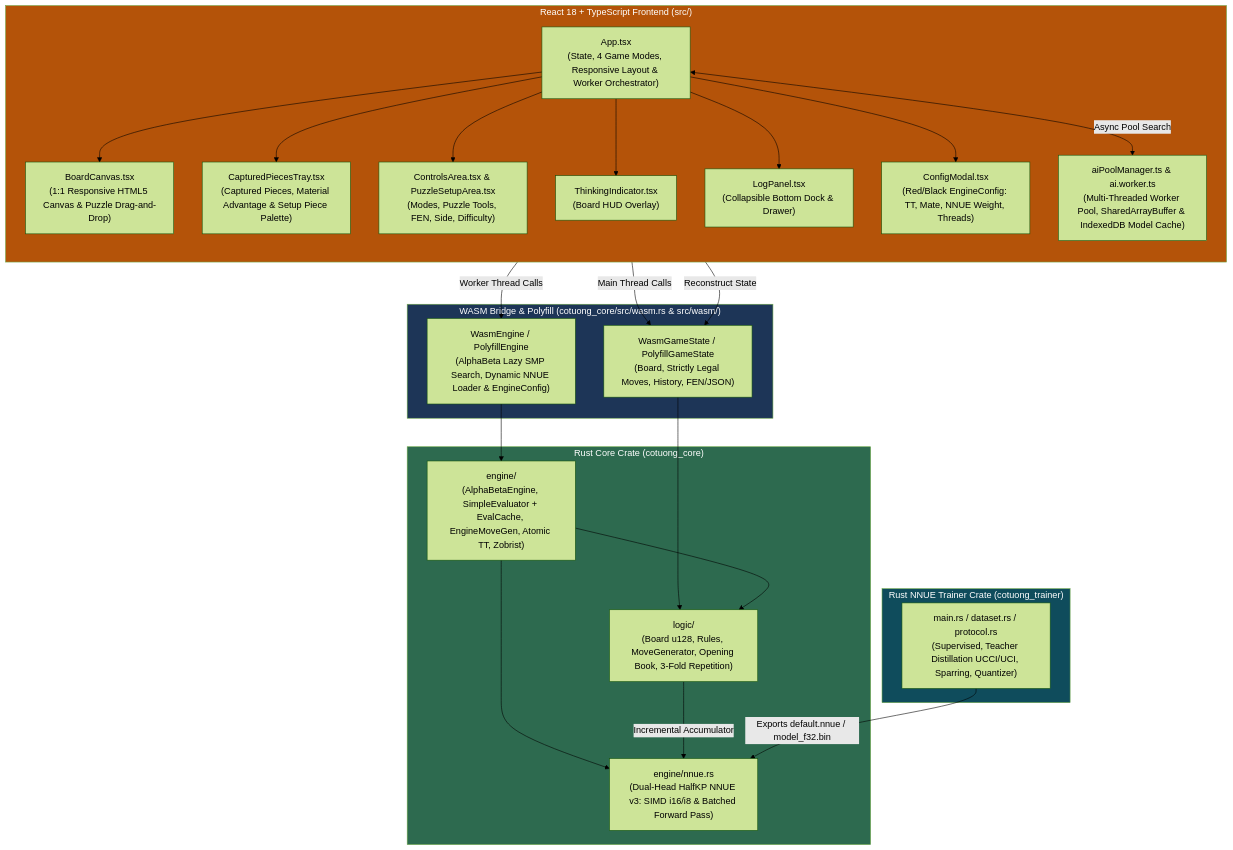
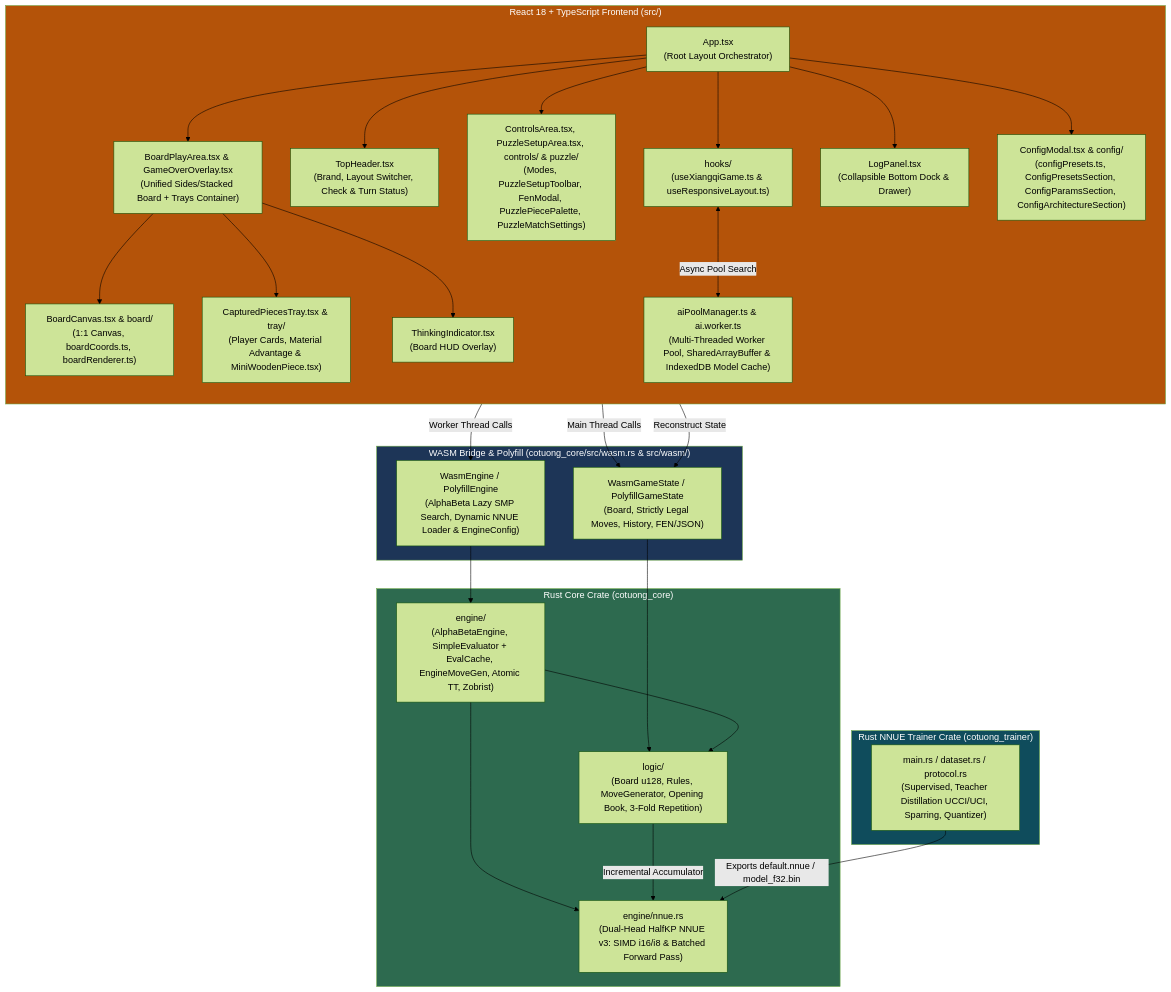
One commit to thichuong/GameCoTuong changed the first of 5 diagrams in ARCHITECTURE.md. Above: the diagram before and after it, drawn with Mermaid (forest theme). The commit also changed other lines of this file and 26 other files, not shown here.

First line of the commit message:
refactor: modularize App.tsx and update documentation

````diff
--- a/ARCHITECTURE.md
+++ b/ARCHITECTURE.md
@@ -5,51 +5,57 @@
 ```mermaid
 graph TB
     subgraph Frontend["React 18 + TypeScript Frontend (src/)"]
         direction TB
-        App["App.tsx<br/>(State, 4 Game Modes, Responsive Layout & Worker Orchestrator)"]
-        Canvas["BoardCanvas.tsx<br/>(1:1 Responsive HTML5 Canvas & Puzzle Drag-and-Drop)"]
-        Trays["CapturedPiecesTray.tsx<br/>(Captured Pieces, Material Advantage & Setup Piece Palette)"]
-        Controls["ControlsArea.tsx & PuzzleSetupArea.tsx<br/>(Modes, Puzzle Tools, FEN, Side, Difficulty)"]
+        App["App.tsx<br/>(Root Layout Orchestrator)"]
+        Hooks["hooks/<br/>(useXiangqiGame.ts & useResponsiveLayout.ts)"]
+        Header["TopHeader.tsx<br/>(Brand, Layout Switcher, Check & Turn Status)"]
+        PlayArea["BoardPlayArea.tsx & GameOverOverlay.tsx<br/>(Unified Sides/Stacked Board + Trays Container)"]
+        Canvas["BoardCanvas.tsx & board/<br/>(1:1 Canvas, boardCoords.ts, boardRenderer.ts)"]
+        Trays["CapturedPiecesTray.tsx & tray/<br/>(Player Cards, Material Advantage & MiniWoodenPiece.tsx)"]
+        Controls["ControlsArea.tsx, PuzzleSetupArea.tsx, controls/ & puzzle/<br/>(Modes, PuzzleSetupToolbar, FenModal, PuzzlePiecePalette, PuzzleMatchSettings)"]
         Overlay["ThinkingIndicator.tsx<br/>(Board HUD Overlay)"]
         Log["LogPanel.tsx<br/>(Collapsible Bottom Dock & Drawer)"]
-        Config["ConfigModal.tsx<br/>(Red/Black EngineConfig: TT, Mate, NNUE Weight, Threads)"]
+        Config["ConfigModal.tsx & config/<br/>(configPresets.ts, ConfigPresetsSection, ConfigParamsSection, ConfigArchitectureSection)"]
         Pool["aiPoolManager.ts & ai.worker.ts<br/>(Multi-Threaded Worker Pool, SharedArrayBuffer & IndexedDB Model Cache)"]
     end
 
     subgraph WasmBridge["WASM Bridge & Polyfill (cotuong_core/src/wasm.rs & src/wasm/)"]
         WGS["WasmGameState / PolyfillGameState<br/>(Board, Strictly Legal Moves, History, FEN/JSON)"]
         WE["WasmEngine / PolyfillEngine<br/>(AlphaBeta Lazy SMP Search, Dynamic NNUE Loader & EngineConfig)"]
     end
 
     subgraph Core["Rust Core Crate (cotuong_core)"]
         Logic["logic/<br/>(Board u128, Rules, MoveGenerator, Opening Book, 3-Fold Repetition)"]
         Engine["engine/<br/>(AlphaBetaEngine, SimpleEvaluator + EvalCache, EngineMoveGen, Atomic TT, Zobrist)"]
         NNUE["engine/nnue.rs<br/>(Dual-Head HalfKP NNUE v3: SIMD i16/i8 & Batched Forward Pass)"]
     end
 
     subgraph Trainer["Rust NNUE Trainer Crate (cotuong_trainer)"]
         TrainMain["main.rs / dataset.rs / protocol.rs<br/>(Supervised, Teacher Distillation UCCI/UCI, Sparring, Quantizer)"]
     end
 
-    App --> Canvas
-    App --> Trays
+    App --> Hooks
+    App --> Header
     App --> Controls
-    App --> Overlay
+    App --> PlayArea
     App --> Log
     App --> Config
-    App -->|"Main Thread Calls"| WGS
-    App <-->|"Async Pool Search"| Pool
+    PlayArea --> Canvas
+    PlayArea --> Trays
+    PlayArea --> Overlay
+    Hooks -->|"Main Thread Calls"| WGS
+    Hooks <-->|"Async Pool Search"| Pool
     Pool -->|"Worker Thread Calls"| WE
     Pool -->|"Reconstruct State"| WGS
     WGS --> Logic
     WE --> Engine
     Engine --> Logic
     Engine --> NNUE
     Logic -->|"Incremental Accumulator"| NNUE
     TrainMain -->|"Exports default.nnue / model_f32.bin"| NNUE
 
     style Core fill:#2d6a4f,color:#fff
     style Trainer fill:#0f4c5c,color:#fff
     style WasmBridge fill:#1d3557,color:#fff
     style Frontend fill:#b45309,color:#fff
 ```
````
